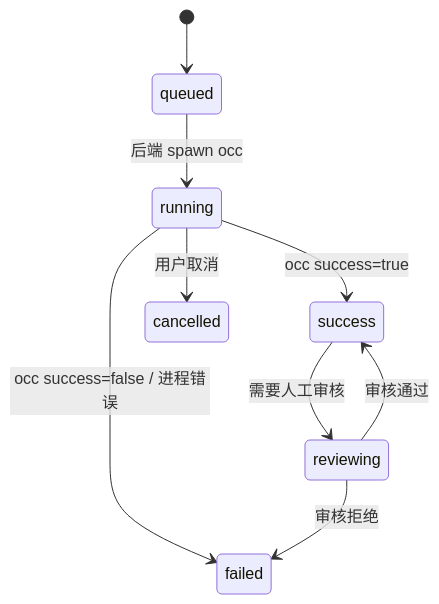
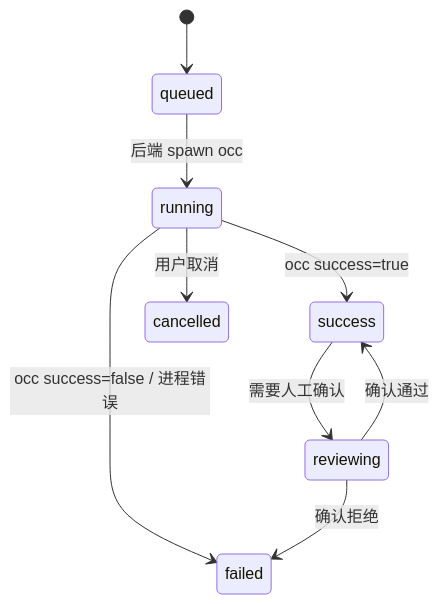
The sixth of 6 diagrams in docs/agent-dashboard-architecture.zh-CN.md (XingQiPan/AgentPanels), drawn with Mermaid before and after one commit. The commit also changed other lines of this file and 35 other files, not shown here.

````diff
--- a/docs/agent-dashboard-architecture.zh-CN.md
+++ b/docs/agent-dashboard-architecture.zh-CN.md
@@ -713,11 +713,11 @@
 ```mermaid
 stateDiagram-v2
   [*] --> queued
   queued --> running: 后端 spawn occ
   running --> success: occ success=true
   running --> failed: occ success=false / 进程错误
   running --> cancelled: 用户取消
-  success --> reviewing: 需要人工审核
-  reviewing --> success: 审核通过
-  reviewing --> failed: 审核拒绝
+  success --> reviewing: 需要人工确认
+  reviewing --> success: 确认通过
+  reviewing --> failed: 确认拒绝
 ```
````
